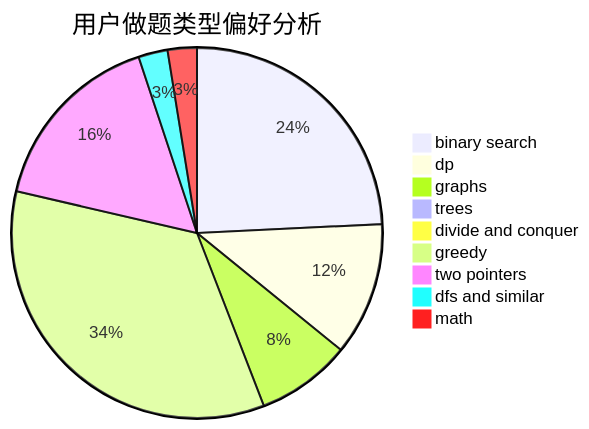
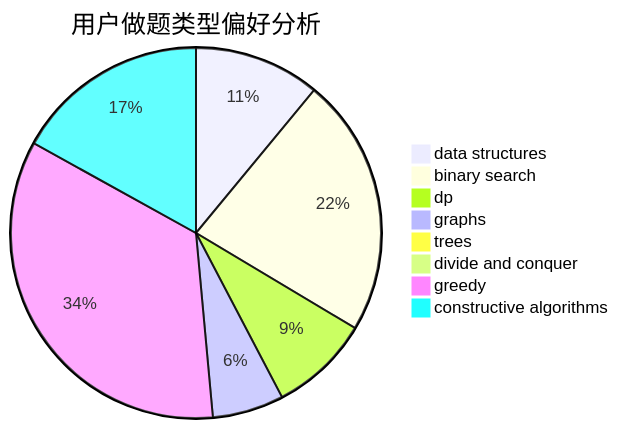
Before and after one commit to sherpahu/cfrs.github.io: the second of 3 diagrams in docs/user/u566.md, drawn with Mermaid. The commit also changed other lines of this file and 2775 other files, not shown here.

````diff
--- a/docs/user/u566.md
+++ b/docs/user/u566.md
@@ -23,12 +23,11 @@
 ```mermaid
 pie title 用户做题类型偏好分析
-    "binary search" :  390
-    "dp" :  187
-    "graphs" :  133
+    "data structures" :  166
+    "binary search" :  341
+    "dp" :  132
+    "graphs" :  94
     "trees" :  8
     "divide and conquer" :  1
-    "greedy" :  555
-    "two pointers" :  262
-    "dfs and similar" :  41
-    "math" :  41
+    "greedy" :  521
+    "constructive algorithms" :  256
 ```
````
